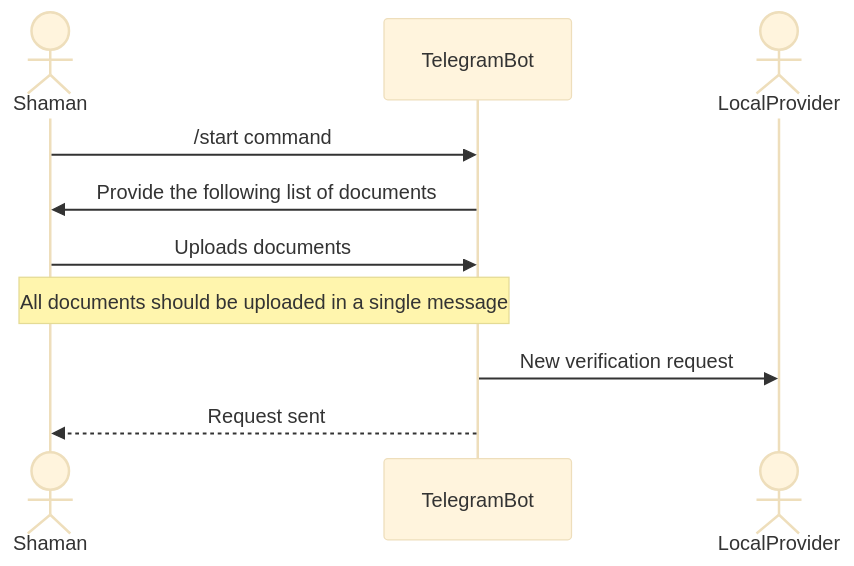
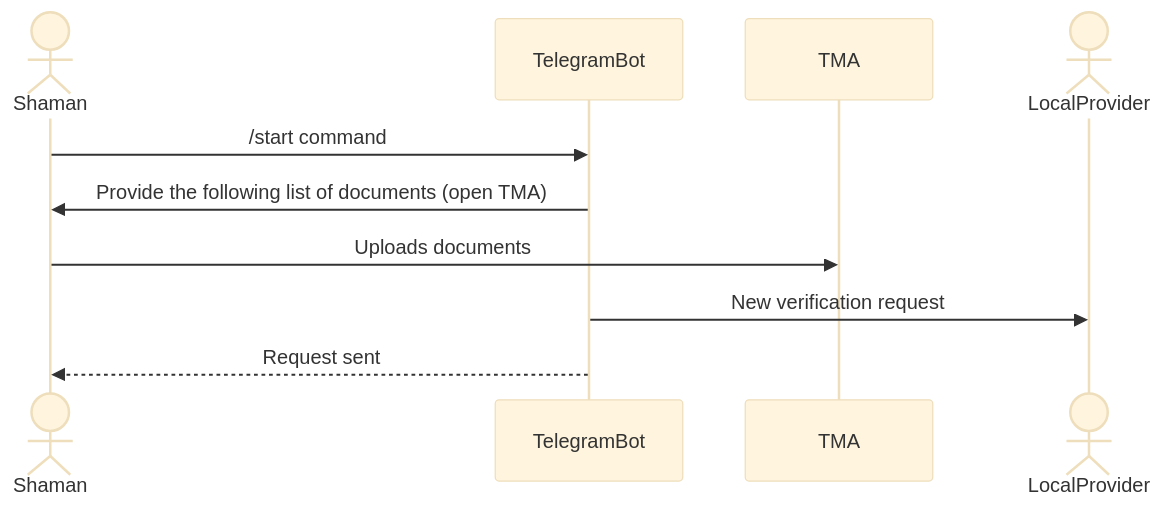
Before and after one commit to ai-shift/cyber-valley-tickets: the first of 2 diagrams in docs/extending.md, drawn with Mermaid (base theme). The commit also changed other lines of this file, not shown here.

````diff
--- a/docs/extending.md
+++ b/docs/extending.md
@@ -40,13 +38,13 @@
 ```mermaid
 sequenceDiagram
     actor Shaman
     participant TelegramBot
+    participant TMA
     actor LocalProvider
-    
+
     Shaman->>TelegramBot: /start command
-    TelegramBot->>Shaman: Provide the following list of documents
-    Shaman->>TelegramBot: Uploads documents
-    Note over Shaman,TelegramBot: All documents should be uploaded in a single message
+    TelegramBot->>Shaman: Provide the following list of documents (open TMA)
+    Shaman->>TMA: Uploads documents
     TelegramBot->>LocalProvider: New verification request
     TelegramBot-->>Shaman: Request sent
 ```
````
